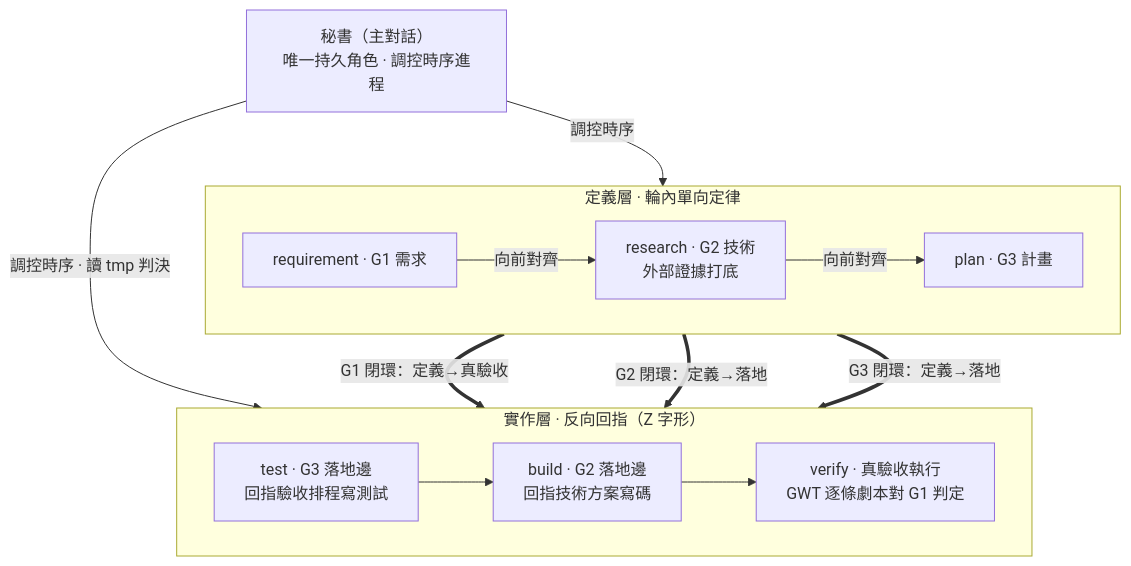
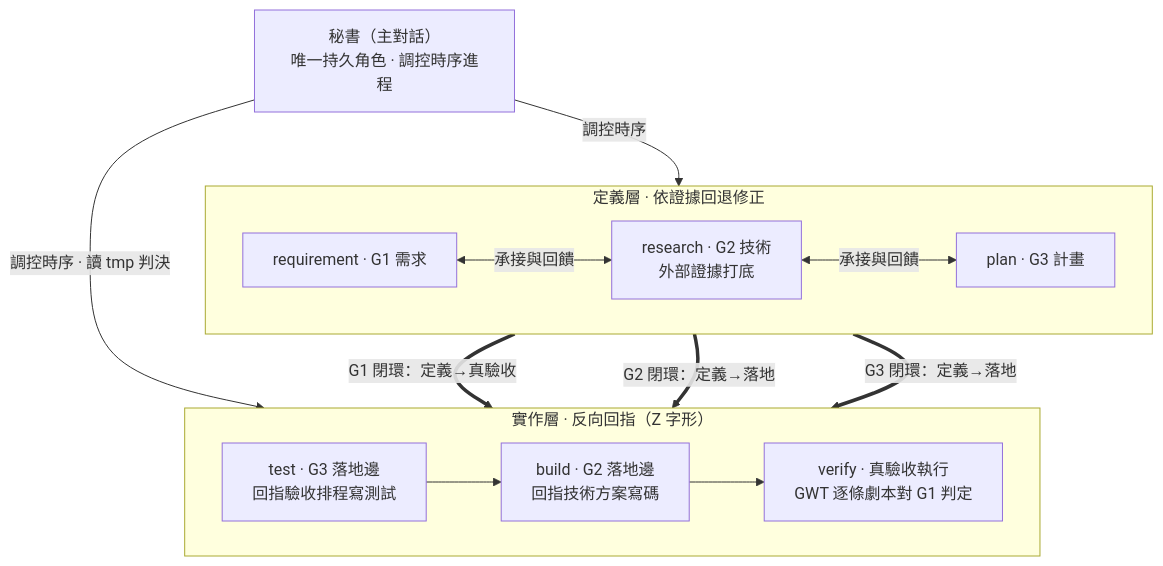
The third of 3 diagrams in skills/shiftblame/SKILL.md (teps3105/shiftblame), drawn with Mermaid before and after one commit. The commit also changed other lines of this file and 28 other files, not shown here.

````diff
--- a/skills/shiftblame/SKILL.md
+++ b/skills/shiftblame/SKILL.md
@@ -135,17 +139,17 @@
 ```mermaid
 flowchart TB
     SEC["秘書（主對話）<br/>唯一持久角色 · 調控時序進程"]
-    subgraph Consult["定義層 · 輪內單向定律"]
+    subgraph Consult["定義層 · 依證據回退修正"]
         direction LR
-        G1["requirement · G1 需求"] -->|向前對齊| G2["research · G2 技術<br/>外部證據打底"] -->|向前對齊| G3["plan · G3 計畫"]
+        G1["requirement · G1 需求"] <-->|承接與回饋| G2["research · G2 技術<br/>外部證據打底"] <-->|承接與回饋| G3["plan · G3 計畫"]
     end
     subgraph Build["實作層 · 反向回指（Z 字形）"]
         direction LR
         TST["test · G3 落地邊<br/>回指驗收排程寫測試"] --> DEV["build · G2 落地邊<br/>回指技術方案寫碼"] --> ACC["verify · 真驗收執行<br/>GWT 逐條劇本對 G1 判定"]
     end
     SEC -- 調控時序 --> Consult
     SEC -- 調控時序 · 讀 tmp 判決 --> Build
     G1 ==>|G1 閉環：定義→真驗收| ACC
     G2 ==>|G2 閉環：定義→落地| DEV
     G3 ==>|G3 閉環：定義→落地| TST
 ```
````
